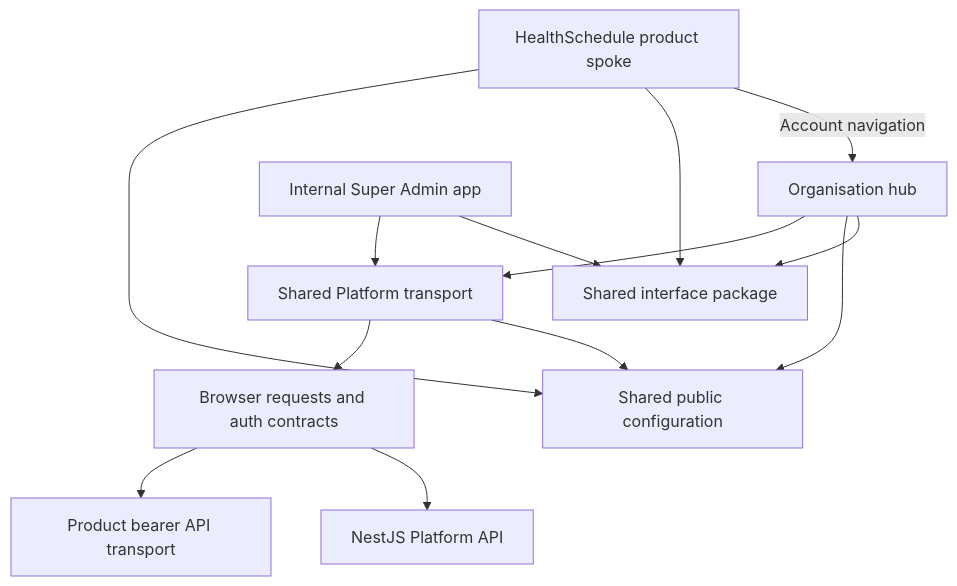
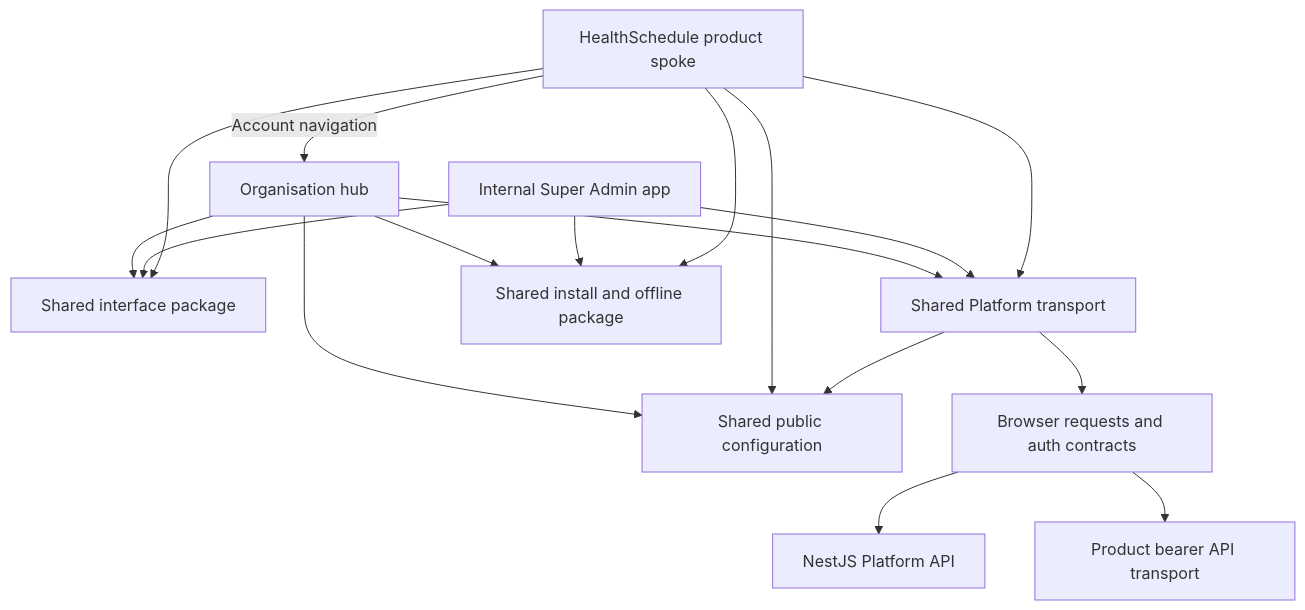
Before and after one commit to Healthalyst-Africa/healthalyst-frontend: the diagram in docs/code-organization.md, drawn with Mermaid. The commit also changed other lines of this file and 32 other files, not shown here.

````diff
--- a/docs/code-organization.md
+++ b/docs/code-organization.md
@@ -11,15 +11,19 @@
 ```mermaid
 flowchart TD
   HealthSchedule[HealthSchedule product spoke] -->|Account navigation| Organization[Organisation hub]
   Organization --> Interface[Shared interface package]
   SuperAdmin[Internal Super Admin app] --> Interface
   HealthSchedule --> Interface
   Organization --> Config[Shared public configuration]
   HealthSchedule --> Config
   Organization --> Platform[Shared Platform transport]
   SuperAdmin --> Platform
+  HealthSchedule --> Platform
+  Organization --> Pwa[Shared install and offline package]
+  SuperAdmin --> Pwa
+  HealthSchedule --> Pwa
   Platform --> Config
   Platform --> Browser[Browser requests and auth contracts]
   Browser --> Nest[NestJS Platform API]
   Browser --> Product[Product bearer API transport]
 ```
````
